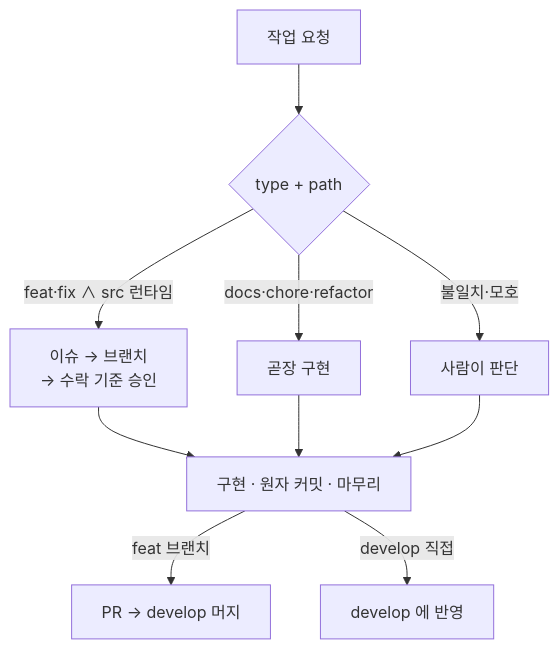
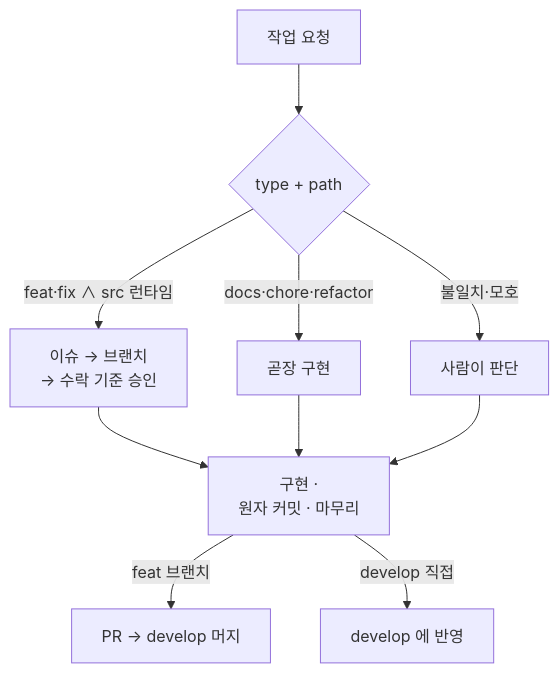
Before and after one commit to groovallstar/ner-pipeline-public: the first of 2 diagrams in CLAUDE.md, drawn with Mermaid. The commit also changed other lines of this file, not shown here.

````diff
--- a/CLAUDE.md
+++ b/CLAUDE.md
@@ -52,12 +52,12 @@
 ```mermaid
 flowchart TD
     Assign["작업 요청"] --> Route{"type + path"}
     Route -->|"feat·fix ∧ src 런타임"| Prep["이슈 → 브랜치<br/>→ 수락 기준 승인"]
     Route -->|"docs·chore·refactor"| Direct["곧장 구현"]
     Route -->|"불일치·모호"| Human["사람이 판단"]
-    Prep --> Work["구현 · 원자 커밋 · 마무리"]
+    Prep --> Work["구현 ·<br/>원자 커밋 · 마무리"]
     Direct --> Work
     Human --> Work
     Work -->|"feat 브랜치"| PRm["PR → develop 머지"]
     Work -->|"develop 직접"| Done["develop 에 반영"]
 ```
````
